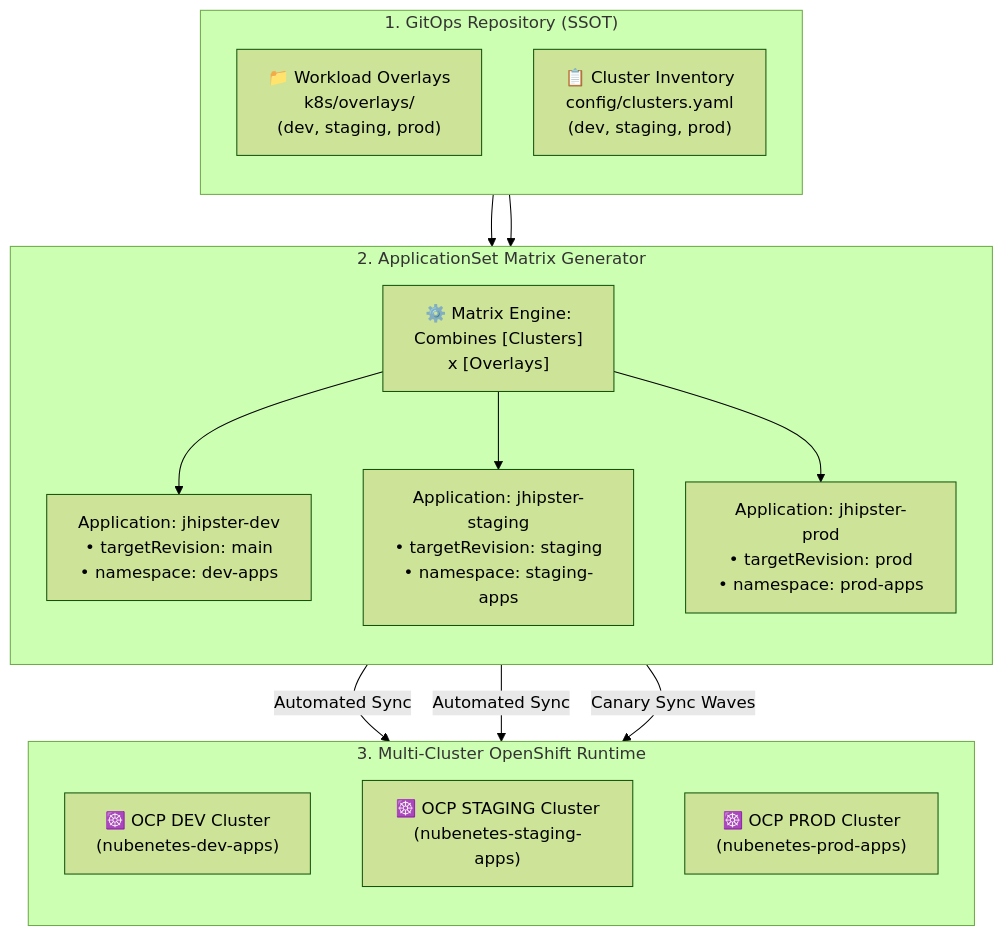
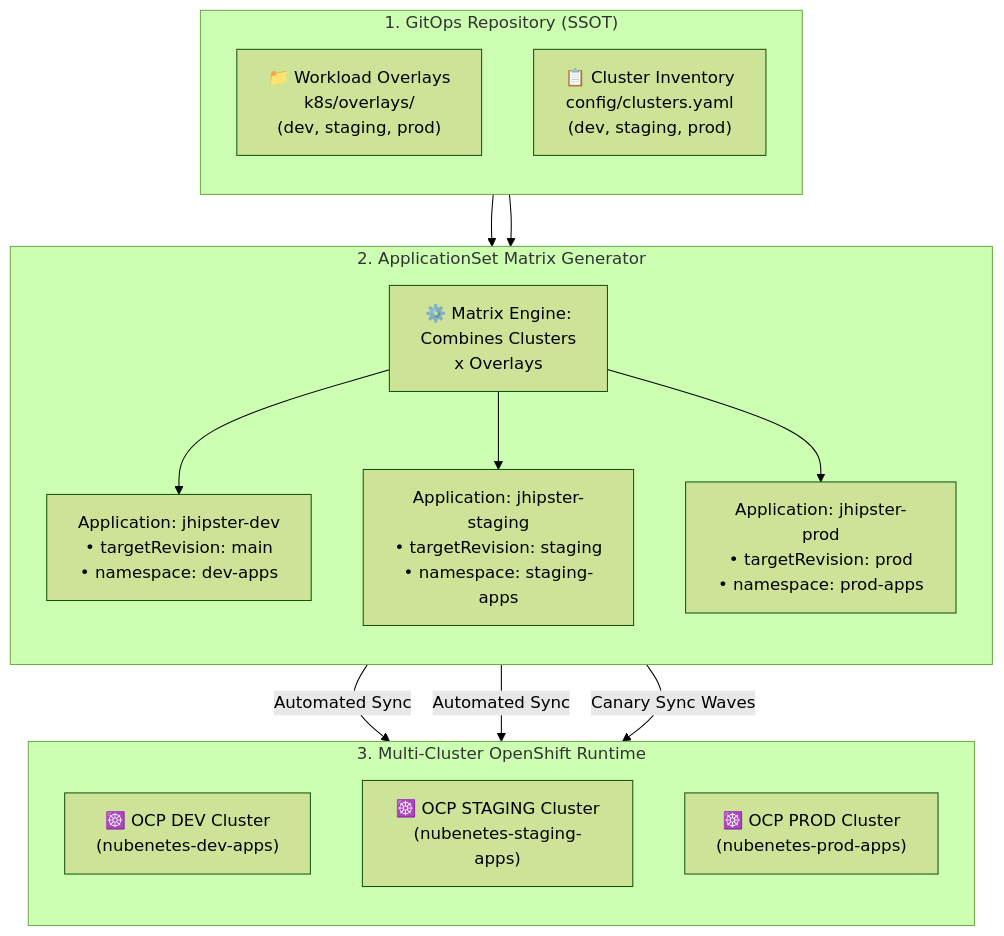
One commit to nubenetes/jenkins-without-git-parameter changed diagram 11 of 14 in README.md. Above: the diagram before and after it, drawn with Mermaid (forest theme). The commit also changed other lines of this file, not shown here.

Commit message:
fix(gfm): clean details/summary spacing and escape square brackets in mermaid nodes to ensure seamless unfolding on GitHub

````diff
--- a/README.md
+++ b/README.md
@@ -767,29 +756,29 @@
 ```mermaid
 flowchart TB
     subgraph GitOpsSource["1. GitOps Repository (SSOT)"]
         direction TB
         Manifests["📁 Workload Overlays<br/>k8s/overlays/<br/>(dev, staging, prod)"]
         ClusterList["📋 Cluster Inventory<br/>config/clusters.yaml<br/>(dev, staging, prod)"]
     end
 
     subgraph AppSetEngine["2. ApplicationSet Matrix Generator"]
         direction TB
-        Matrix["⚙️ Matrix Engine:<br/>Combines [Clusters]<br/>x [Overlays]"]
+        Matrix["⚙️ Matrix Engine:<br/>Combines Clusters<br/>x Overlays"]
         AppDev["Application: jhipster-dev<br/>• targetRevision: main<br/>• namespace: dev-apps"]
         AppStg["Application: jhipster-staging<br/>• targetRevision: staging<br/>• namespace: staging-apps"]
         AppPrd["Application: jhipster-prod<br/>• targetRevision: prod<br/>• namespace: prod-apps"]
     end
 
     subgraph TargetClusters["3. Multi-Cluster OpenShift Runtime"]
         direction TB
         OCPDev["☸️ OCP DEV Cluster<br/>(nubenetes-dev-apps)"]
         OCPStg["☸️ OCP STAGING Cluster<br/>(nubenetes-staging-apps)"]
         OCPPrd["☸️ OCP PROD Cluster<br/>(nubenetes-prod-apps)"]
     end
 
     Manifests --> Matrix
     ClusterList --> Matrix
     Matrix --> AppDev -->|"Automated Sync"| OCPDev
     Matrix --> AppStg -->|"Automated Sync"| OCPStg
     Matrix --> AppPrd -->|"Canary Sync Waves"| OCPPrd
 ```
````
